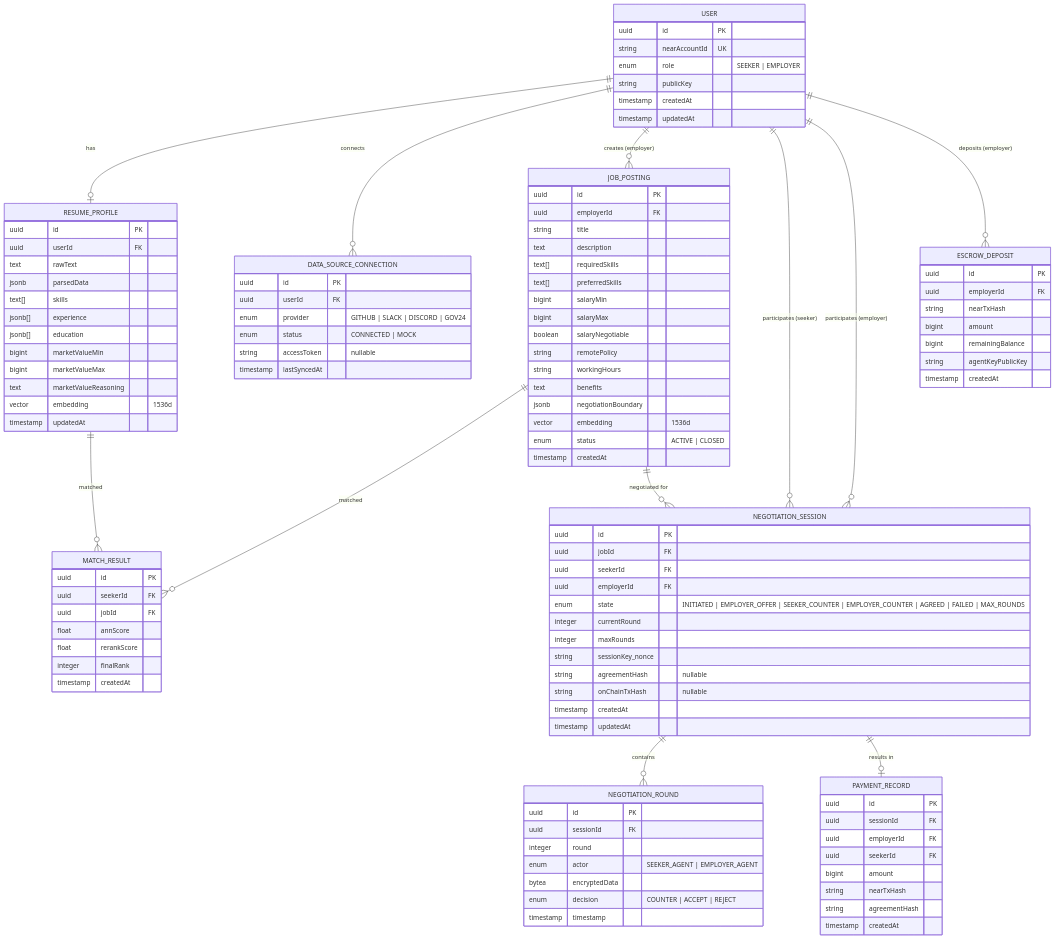
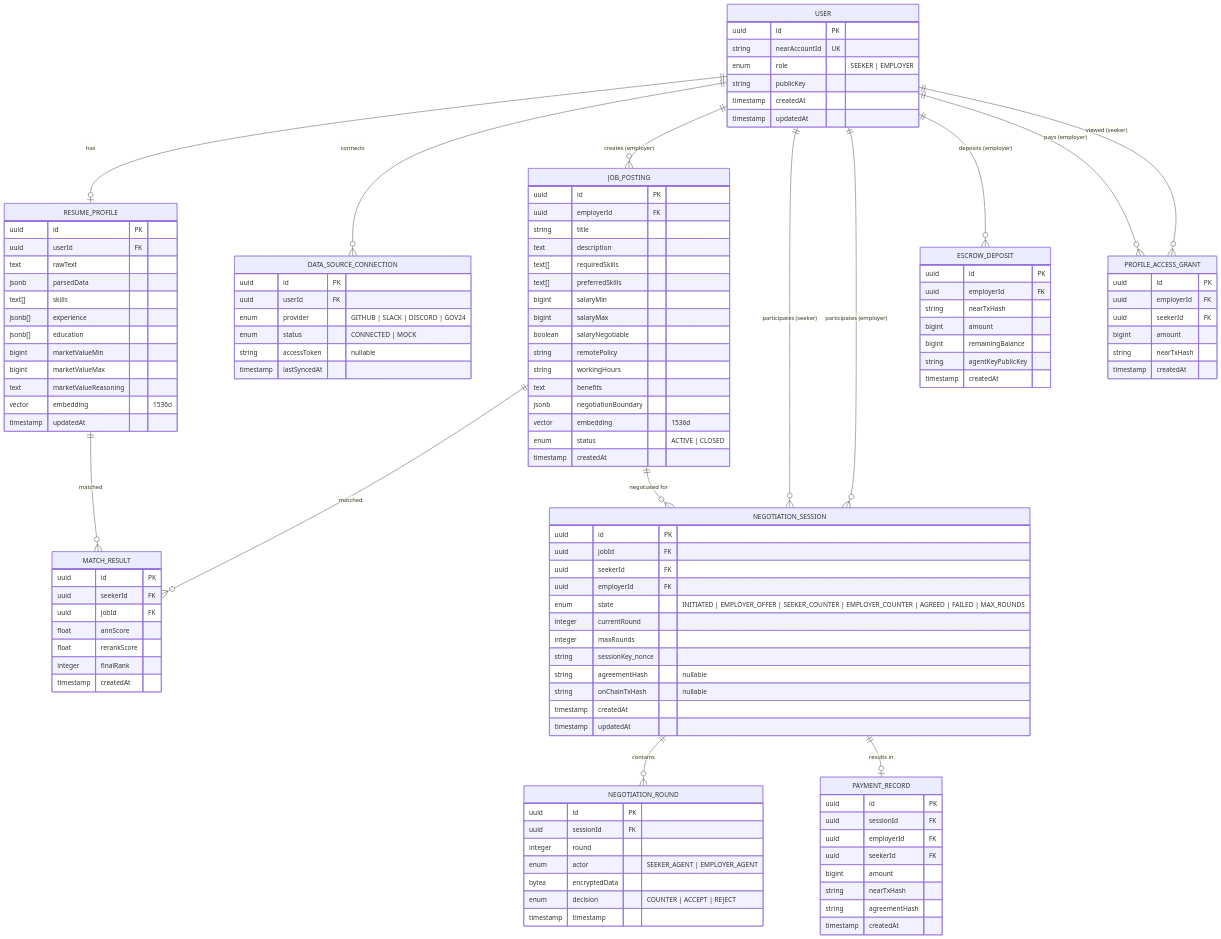
One commit to TalentTEE/talenttee changed the seventh of 8 diagrams in docs/superpowers/specs/2026-04-11-near-ai-career-agent-prd.md. Above: the diagram before and after it, drawn with Mermaid. The commit also changed other lines of this file, not shown here.

```diff
--- a/docs/superpowers/specs/2026-04-11-near-ai-career-agent-prd.md
+++ b/docs/superpowers/specs/2026-04-11-near-ai-career-agent-prd.md
@@ -632,6 +665,8 @@
     USER ||--o{ NEGOTIATION_SESSION : "participates (seeker)"
     USER ||--o{ NEGOTIATION_SESSION : "participates (employer)"
     USER ||--o{ ESCROW_DEPOSIT : "deposits (employer)"
+    USER ||--o{ PROFILE_ACCESS_GRANT : "pays (employer)"
+    USER ||--o{ PROFILE_ACCESS_GRANT : "viewed (seeker)"
 
     RESUME_PROFILE ||--o{ MATCH_RESULT : "matched"
     JOB_POSTING ||--o{ MATCH_RESULT : "matched"
@@ -639,6 +674,15 @@
 
     NEGOTIATION_SESSION ||--o{ NEGOTIATION_ROUND : "contains"
     NEGOTIATION_SESSION ||--o| PAYMENT_RECORD : "results in"
+
+    PROFILE_ACCESS_GRANT {
+        uuid id PK
+        uuid employerId FK
+        uuid seekerId FK
+        bigint amount
+        string nearTxHash
+        timestamp createdAt
+    }
 
     USER {
         uuid id PK
```
